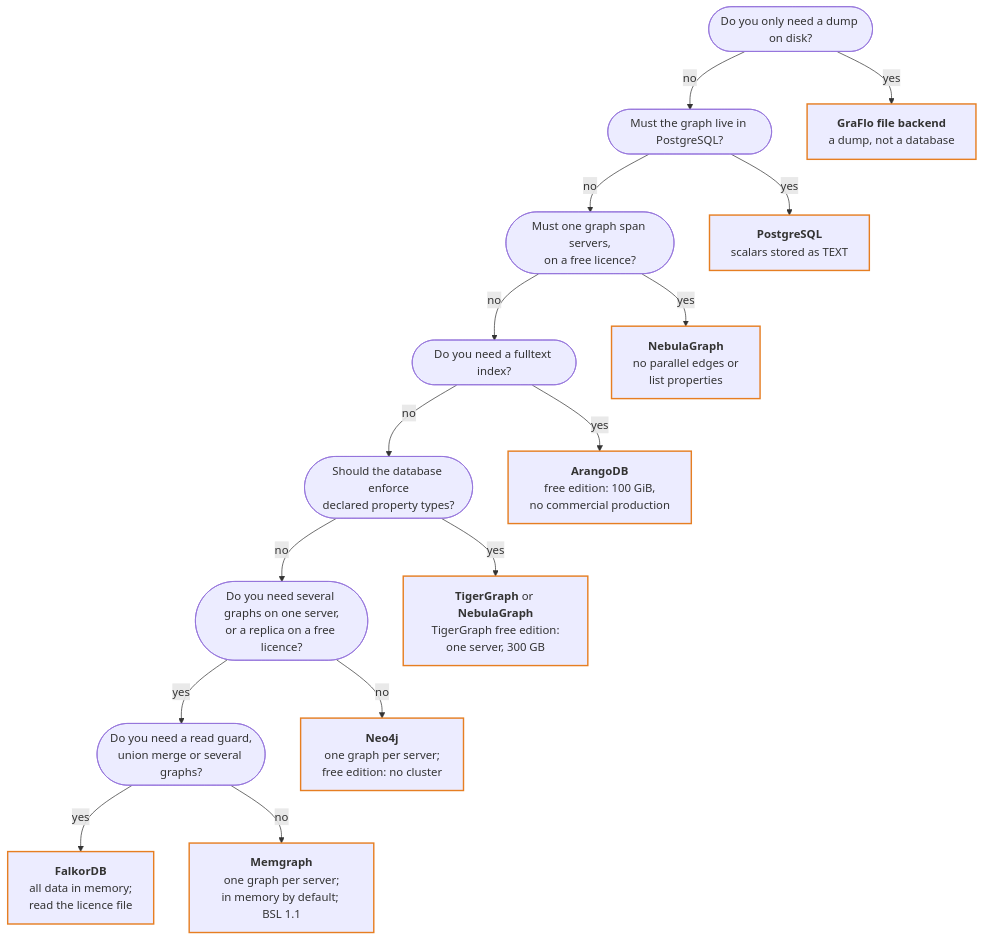
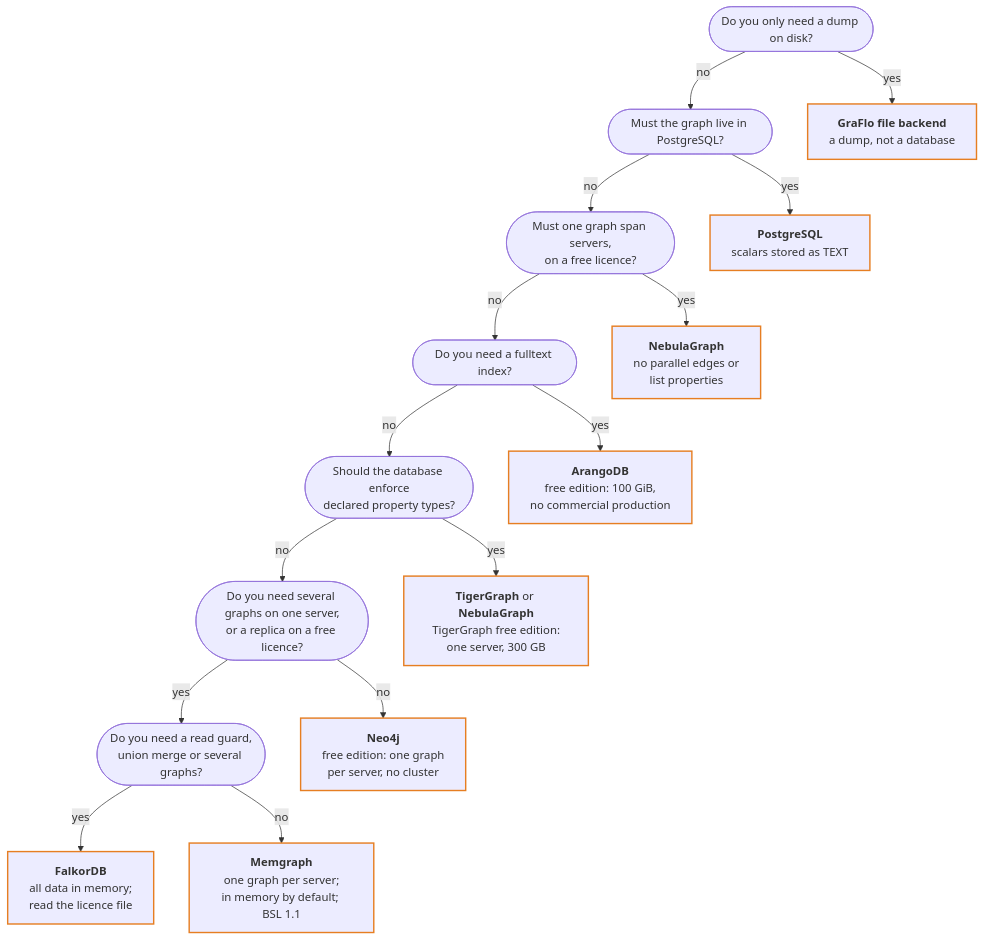
The diagram in docs/concepts/backends.md (growgraph/graflo), drawn with Mermaid before and after one commit. The commit also changed other lines of this file and 244 other files, not shown here.

````diff
--- a/docs/concepts/backends.md
+++ b/docs/concepts/backends.md
@@ -15,37 +15,37 @@
 ```mermaid
 flowchart TD
     DUMP(["Do you only need a dump on disk?"])
     POSTGRES(["Must the graph live in PostgreSQL?"])
     SPAN(["Must one graph span servers,<br/>on a free licence?"])
     FULLTEXT(["Do you need a fulltext index?"])
     TYPES(["Should the database enforce<br/>declared property types?"])
     FREE(["Do you need several graphs on one server,<br/>or a replica on a free licence?"])
     GUARD(["Do you need a read guard,<br/>union merge or several graphs?"])
 
     FILE_LEAF["<b>GraFlo file backend</b><br/>a dump, not a database"]
     POSTGRES_LEAF["<b>PostgreSQL</b><br/>scalars stored as TEXT"]
     SPAN_LEAF["<b>NebulaGraph</b><br/>no parallel edges or<br/>list properties"]
     FULLTEXT_LEAF["<b>ArangoDB</b><br/>free edition: 100 GiB,<br/>no commercial production"]
     TYPES_LEAF["<b>TigerGraph</b> or <b>NebulaGraph</b><br/>TigerGraph free edition:<br/>one server, 300 GB"]
-    DEFAULT_LEAF["<b>Neo4j</b><br/>one graph per server;<br/>free edition: no cluster"]
+    DEFAULT_LEAF["<b>Neo4j</b><br/>free edition: one graph<br/>per server, no cluster"]
     GUARD_LEAF["<b>FalkorDB</b><br/>all data in memory;<br/>read the licence file"]
     REPLICA_LEAF["<b>Memgraph</b><br/>one graph per server;<br/>in memory by default; BSL 1.1"]
 
     DUMP -- yes --> FILE_LEAF
     DUMP -- no --> POSTGRES
     POSTGRES -- yes --> POSTGRES_LEAF
     POSTGRES -- no --> SPAN
     SPAN -- yes --> SPAN_LEAF
     SPAN -- no --> FULLTEXT
     FULLTEXT -- yes --> FULLTEXT_LEAF
     FULLTEXT -- no --> TYPES
     TYPES -- yes --> TYPES_LEAF
     TYPES -- no --> FREE
     FREE -- no --> DEFAULT_LEAF
     FREE -- yes --> GUARD
     GUARD -- yes --> GUARD_LEAF
     GUARD -- no --> REPLICA_LEAF
 
     classDef target stroke:#E67E22,stroke-width:2px
     class FILE_LEAF,POSTGRES_LEAF,SPAN_LEAF,FULLTEXT_LEAF,TYPES_LEAF,DEFAULT_LEAF,GUARD_LEAF,REPLICA_LEAF target
 ```
````
